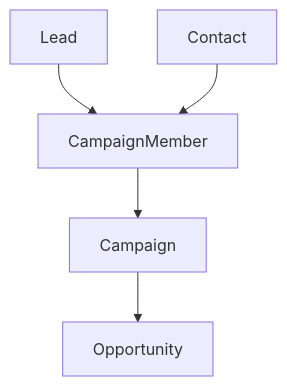
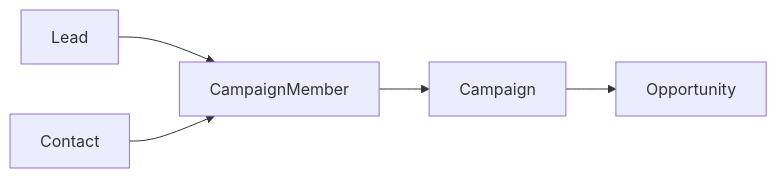
Before and after one commit to zhangjiacheng/zhangjiacheng.github.io: the diagram in _posts/2023-09-11-CampaignMemberStatusTrucking.md, drawn with Mermaid.

Commit message:
modify _config.yml to include mermaid lib 7

```diff
--- a/_posts/2023-09-11-CampaignMemberStatusTrucking.md
+++ b/_posts/2023-09-11-CampaignMemberStatusTrucking.md
@@ -12,7 +12,7 @@
 <div class="mermaid">
-graph TD;
+graph LR;
     Lead-->CampaignMember;
     Contact-->CampaignMember;
     CampaignMember-->Campaign;
     Campaign-->Opportunity;
 </div>
```
